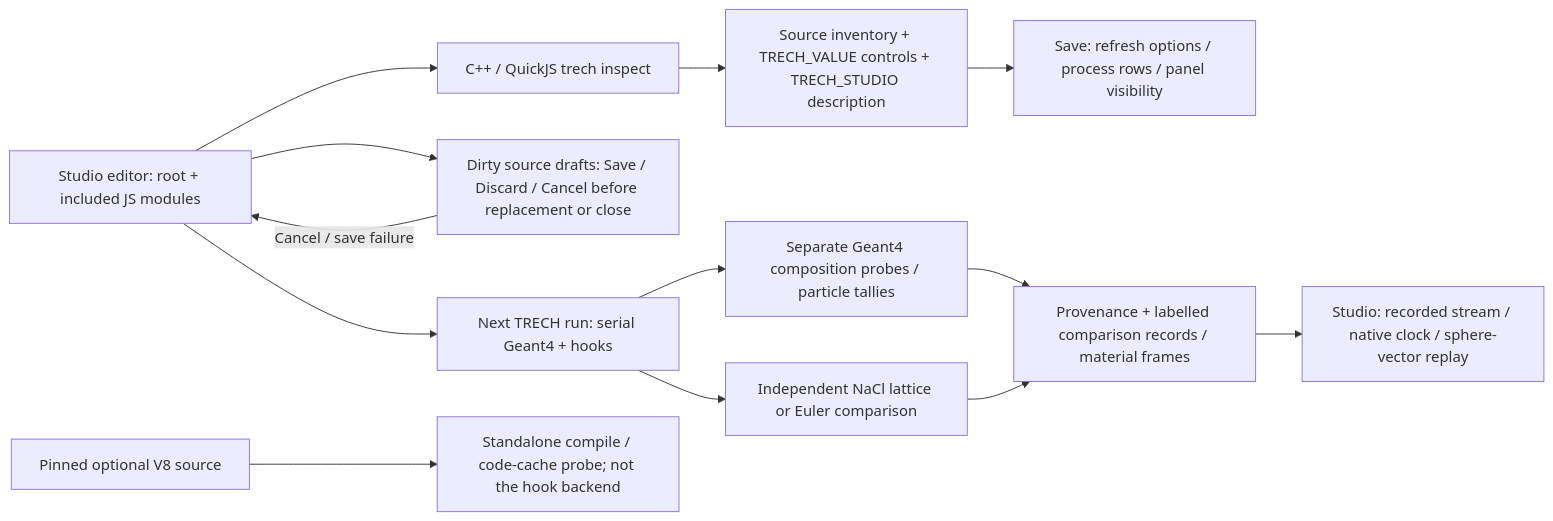
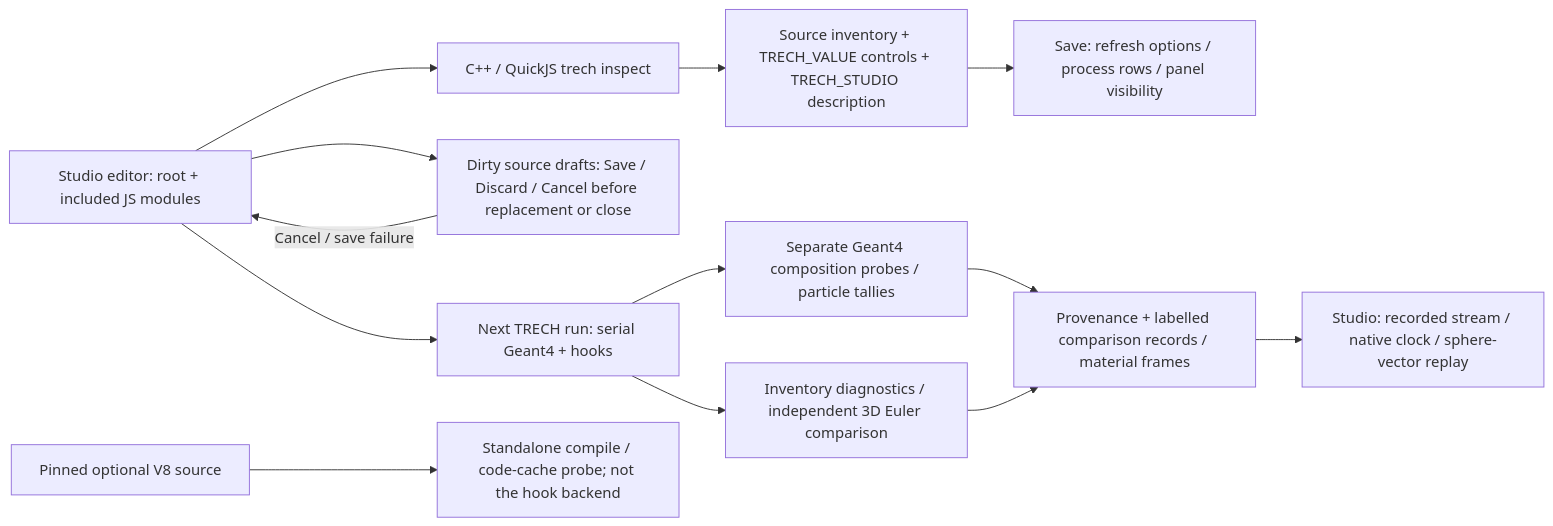
Before and after one commit to Geckos-Ink/trech: the fifth of 39 diagrams in CHARTS.md, drawn with Mermaid. The commit also changed other lines of this file and 37 other files, not shown here.

Commit message:
Retire salt inventory animation and add measured interfaces and 3D flow views

````diff
--- a/CHARTS.md
+++ b/CHARTS.md
@@ -79,15 +79,15 @@
 ```mermaid
 flowchart LR
   E["Studio editor: root + included JS modules"] --> I["C++ / QuickJS trech inspect"]
   E --> Guard["Dirty source drafts: Save / Discard / Cancel before replacement or close"]
   Guard -->|"Cancel / save failure"| E
   I --> S["Source inventory + TRECH_VALUE controls + TRECH_STUDIO description"]
   S --> U["Save: refresh options / process rows / panel visibility"]
   E --> R["Next TRECH run: serial Geant4 + hooks"]
   R --> G["Separate Geant4 composition probes / particle tallies"]
-  R --> C["Independent NaCl lattice or Euler comparison"]
+  R --> C["Inventory diagnostics / independent 3D Euler comparison"]
   G --> O["Provenance + labelled comparison records / material frames"]
   C --> O
   O --> V["Studio: recorded stream / native clock / sphere-vector replay"]
   D["Pinned optional V8 source"] --> P["Standalone compile / code-cache probe; not the hook backend"]
 ```
````
